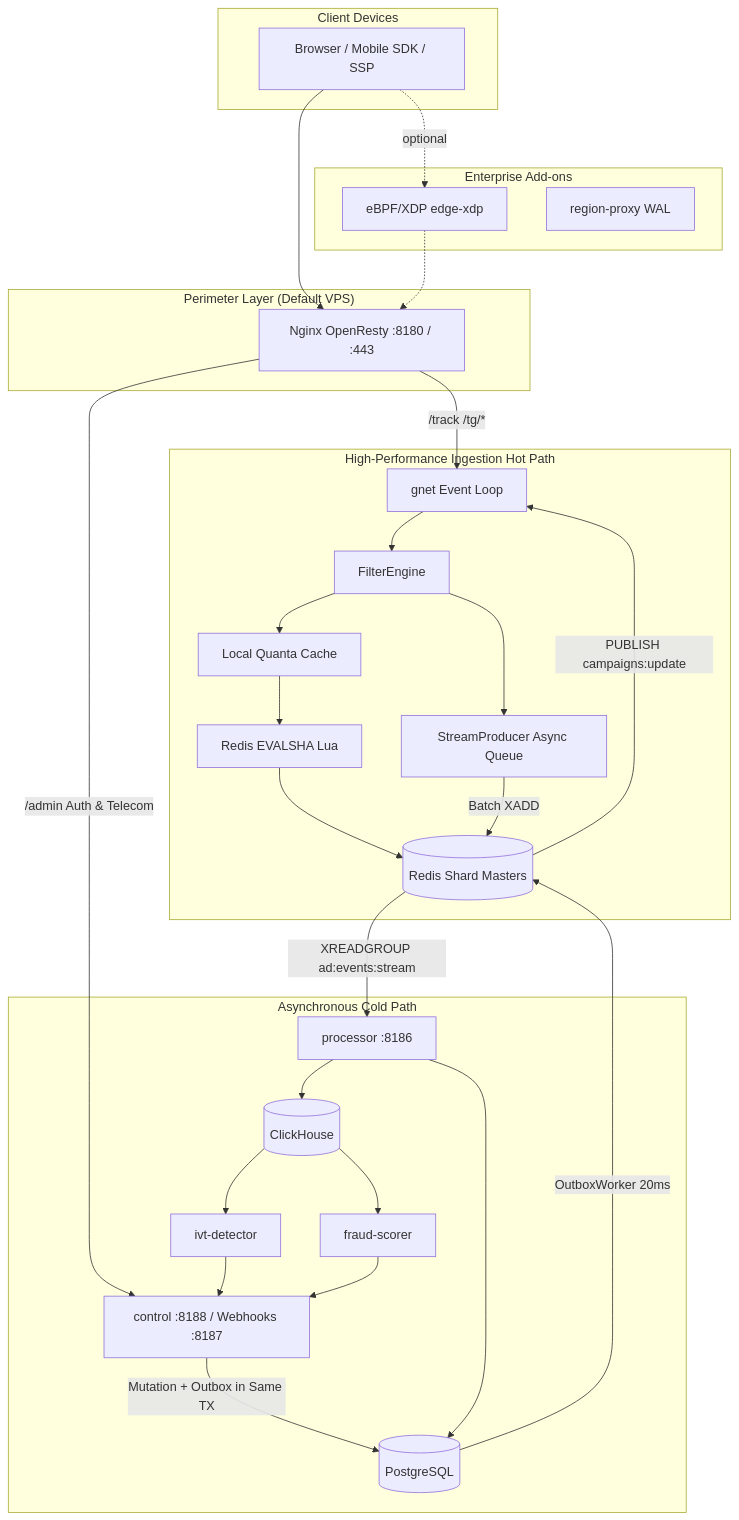
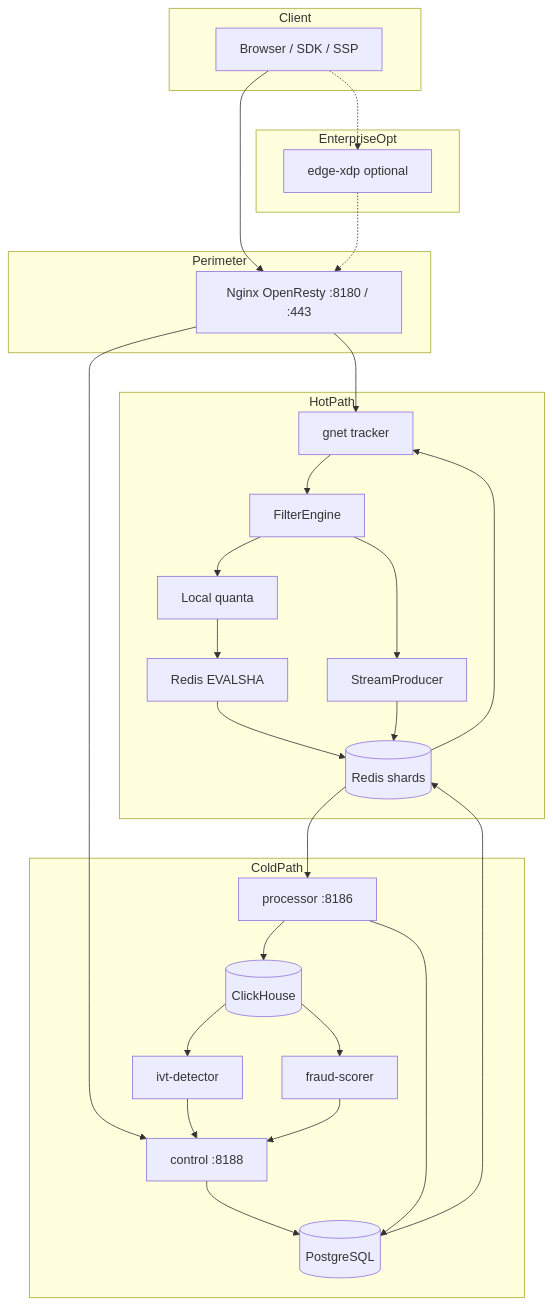
Before and after one commit to mykhailov-ua/ad-event-processor: the diagram in docs/ARCHITECTURE.md, drawn with Mermaid. The commit also changed other lines of this file and 562 other files, not shown here.

````diff
--- a/docs/ARCHITECTURE.md
+++ b/docs/ARCHITECTURE.md
@@ -48,46 +46,45 @@
 ```mermaid
 flowchart TB
-    subgraph Client ["Client Devices"]
-        C[Browser / Mobile SDK / SSP]
+    subgraph Client
+        C[Browser / SDK / SSP]
     end
-    subgraph Perimeter ["Perimeter Layer (Default VPS)"]
+    subgraph Perimeter
         NGX[Nginx OpenResty :8180 / :443]
     end
-    subgraph EnterpriseOpt ["Enterprise Add-ons"]
-        XDP[eBPF/XDP edge-xdp]
-        RP[region-proxy WAL]
+    subgraph EnterpriseOpt
+        XDP[edge-xdp optional]
     end
-    subgraph HotPath ["High-Performance Ingestion Hot Path"]
-        GNET[gnet Event Loop]
+    subgraph HotPath
+        GNET[gnet tracker]
         FE[FilterEngine]
-        LUA[Redis EVALSHA Lua]
-        LQ[Local Quanta Cache]
-        SP[StreamProducer Async Queue]
-        RS[(Redis Shard Masters)]
+        LUA[Redis EVALSHA]
+        LQ[Local quanta]
+        SP[StreamProducer]
+        RS[(Redis shards)]
     end
-    subgraph ColdPath ["Asynchronous Cold Path"]
-        CTRL[control :8188 / Webhooks :8187]
+    subgraph ColdPath
+        CTRL[control :8188]
         PG[(PostgreSQL)]
         PROC[processor :8186]
         CH[(ClickHouse)]
         IVT[ivt-detector]
         FS[fraud-scorer]
     end
     C --> NGX
-    C -. optional .-> XDP
+    C -.-> XDP
     XDP -.-> NGX
-    NGX -->|/track /tg/*| GNET
-    NGX -->|/admin Auth & Telecom| CTRL
+    NGX --> GNET
+    NGX --> CTRL
     GNET --> FE --> LQ --> LUA --> RS
-    FE --> SP -->|Batch XADD| RS
-    CTRL -->|Mutation + Outbox in Same TX| PG
-    PG -->|OutboxWorker 20ms| RS
-    RS -->|PUBLISH campaigns:update| GNET
-    RS -->|XREADGROUP ad:events:stream| PROC
+    FE --> SP --> RS
+    CTRL --> PG
+    PG --> RS
+    RS --> GNET
+    RS --> PROC
     PROC --> PG
     PROC --> CH
     CH --> IVT
     CH --> FS
     IVT --> CTRL
     FS --> CTRL
 ```
````
